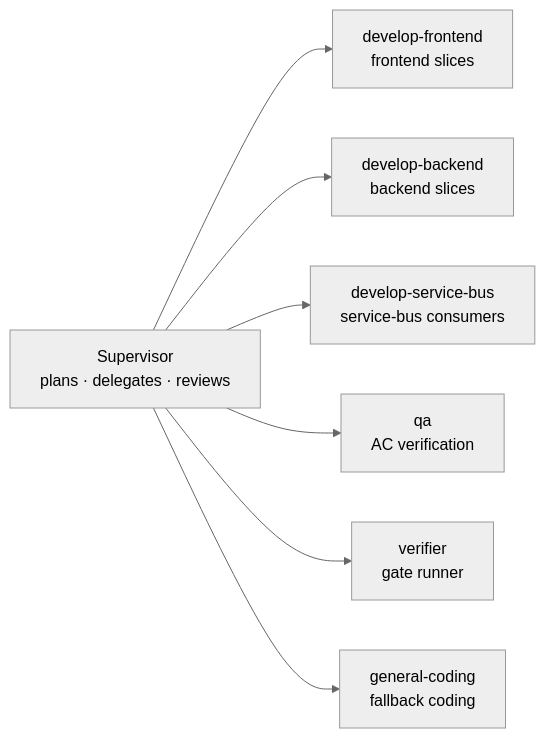
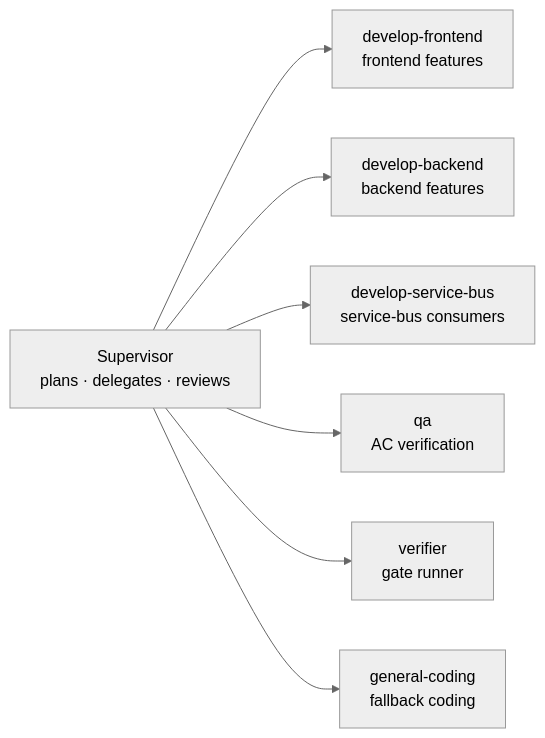
Before and after one commit to BoatPrakit/setup-supervisor: the first of 2 diagrams in README.md, drawn with Mermaid (neutral theme).

Commit message:
[Boat] docs: drop slice jargon from fleet diagram

````diff
--- a/README.md
+++ b/README.md
@@ -51,9 +51,9 @@
 ```mermaid
 flowchart LR
-    SUP[Supervisor<br>plans · delegates · reviews] --> FE[develop-frontend<br>frontend slices]
-    SUP --> BE[develop-backend<br>backend slices]
+    SUP[Supervisor<br>plans · delegates · reviews] --> FE[develop-frontend<br>frontend features]
+    SUP --> BE[develop-backend<br>backend features]
     SUP --> SB[develop-service-bus<br>service-bus consumers]
     SUP --> QA[qa<br>AC verification]
     SUP --> VER[verifier<br>gate runner]
     SUP --> GC[general-coding<br>fallback coding]
 ```
````
